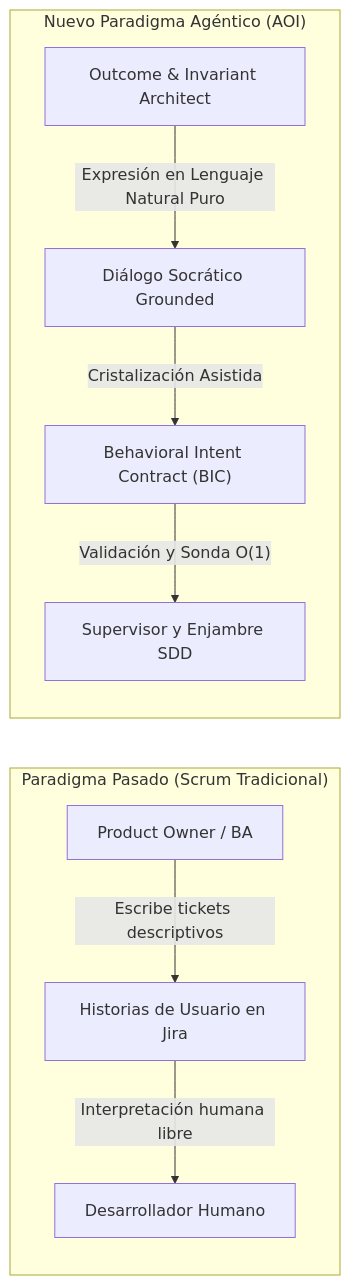
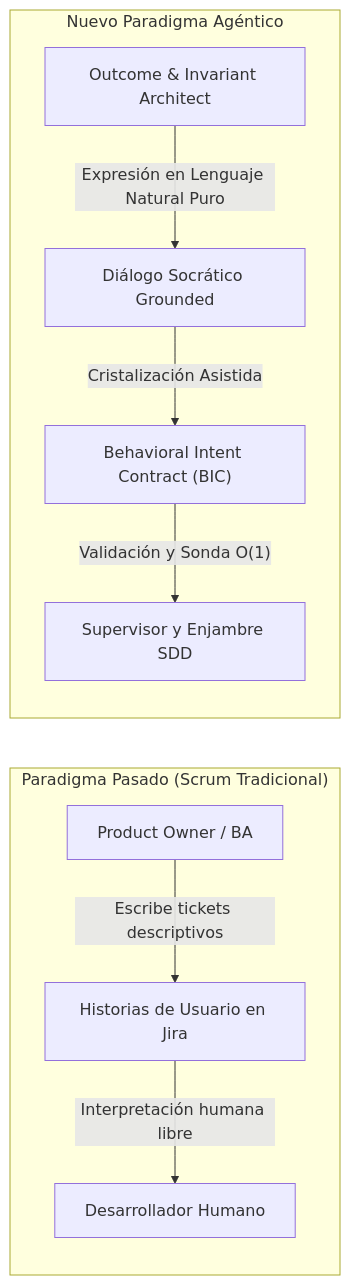
Before and after one commit to Manu-Arrieta/AOI: the first of 7 diagrams in docs/internal/architecture/BEHAVIORAL_INTENT_CONTRACTS_PARADIGM.md, drawn with Mermaid.

````diff
--- a/docs/internal/architecture/BEHAVIORAL_INTENT_CONTRACTS_PARADIGM.md
+++ b/docs/internal/architecture/BEHAVIORAL_INTENT_CONTRACTS_PARADIGM.md
@@ -33,13 +33,13 @@
 ```mermaid
 flowchart LR
     subgraph Pasado["Paradigma Pasado (Scrum Tradicional)"]
         PO["Product Owner / BA"] -->|"Escribe tickets descriptivos"| JIRA["Historias de Usuario en Jira"]
         JIRA -->|"Interpretación humana libre"| DEV["Desarrollador Humano"]
     end
 
-    subgraph Presente["Nuevo Paradigma Agéntico (AOI)"]
+    subgraph Presente["Nuevo Paradigma Agéntico"]
         OIA["Outcome & Invariant Architect"] -->|"Expresión en Lenguaje Natural Puro"| DIAL["Diálogo Socrático Grounded"]
         DIAL -->|"Cristalización Asistida"| BIC["Behavioral Intent Contract (BIC)"]
         BIC -->|"Validación y Sonda O(1)"| SUP["Supervisor y Enjambre SDD"]
     end
 ```
````
